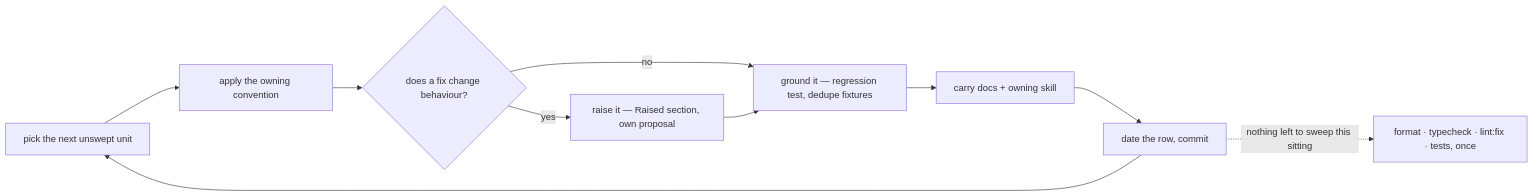
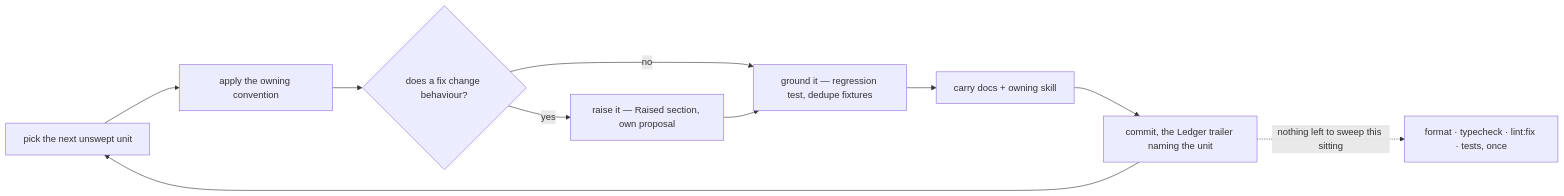
One commit to Esposter/Esposter changed the diagram in .agents/skills/sweeps/SKILL.md. Above: the diagram before and after it, drawn with Mermaid. The commit also changed other lines of this file and 14 other files, not shown here.

First line of the commit message:
feat(sweeps): the commit trailer dates a ledger row, and ai:sweep:ledger-coverage writes it in

````diff
--- a/.agents/skills/sweeps/SKILL.md
+++ b/.agents/skills/sweeps/SKILL.md
@@ -39,12 +40,12 @@
 ```mermaid
 flowchart LR
   PICK["pick the next unswept unit"] --> APPLY["apply the owning convention"]
   APPLY --> GATE{"does a fix change behaviour?"}
   GATE -->|"yes"| RAISE["raise it — Raised section, own proposal"]
   GATE -->|"no"| TESTS["ground it — regression test, dedupe fixtures"]
   RAISE --> TESTS
   TESTS --> CARRY["carry docs + owning skill"]
-  CARRY --> TICK["date the row, commit"]
+  CARRY --> TICK["commit, the Ledger trailer naming the unit"]
   TICK --> PICK
   TICK -.->|"nothing left to sweep this sitting"| CHECK["format · typecheck · lint:fix · tests, once"]
 ```
````
